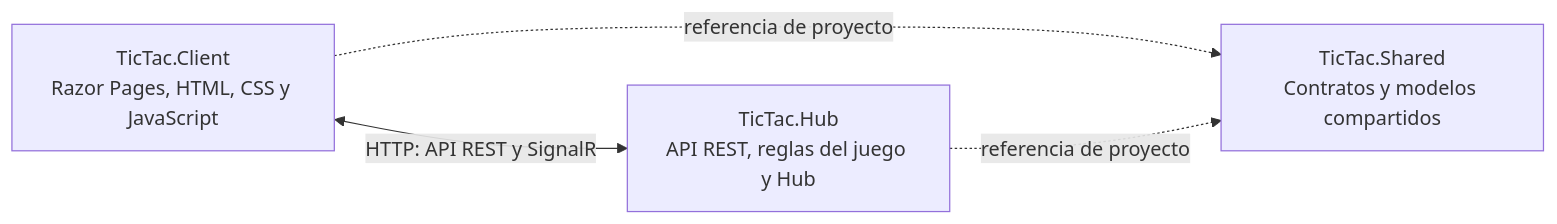
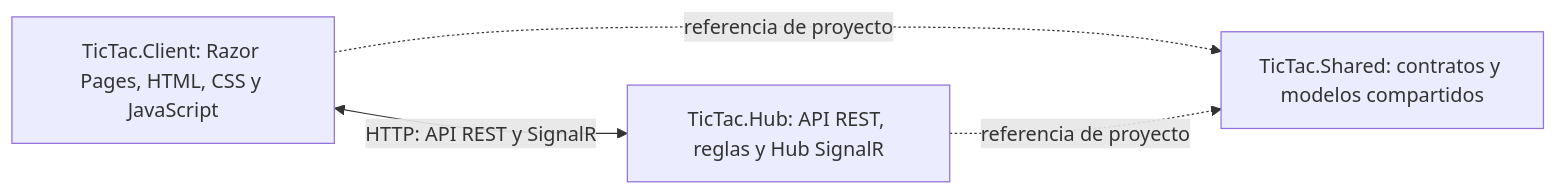
The diagram in README.md (Williamsanchez056/TicTac), drawn with Mermaid before and after one commit. The commit also changed other lines of this file and 8 other files, not shown here.

````diff
--- a/README.md
+++ b/README.md
@@ -9,9 +9,9 @@
 ```mermaid
 flowchart LR
-    A["TicTac.Client<br/>Razor Pages, HTML, CSS y JavaScript"]
-    B["TicTac.Hub<br/>API REST, reglas del juego y Hub"]
-    C["TicTac.Shared<br/>Contratos y modelos compartidos"]
+    A["TicTac.Client: Razor Pages, HTML, CSS y JavaScript"]
+    B["TicTac.Hub: API REST, reglas y Hub SignalR"]
+    C["TicTac.Shared: contratos y modelos compartidos"]
     A <-->|"HTTP: API REST y SignalR"| B
     A -.->|"referencia de proyecto"| C
     B -.->|"referencia de proyecto"| C
 ```
````
